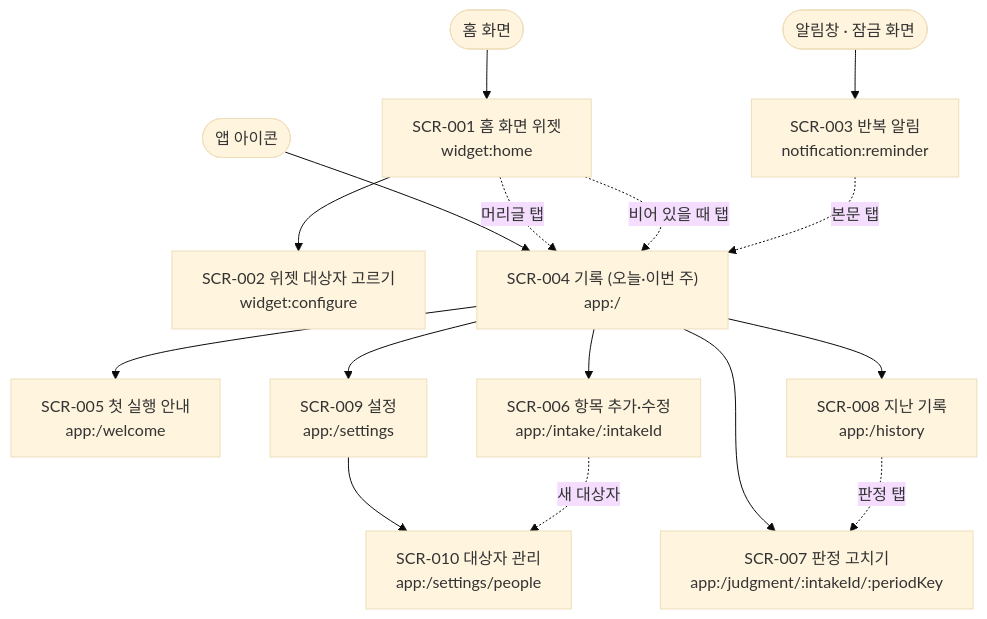
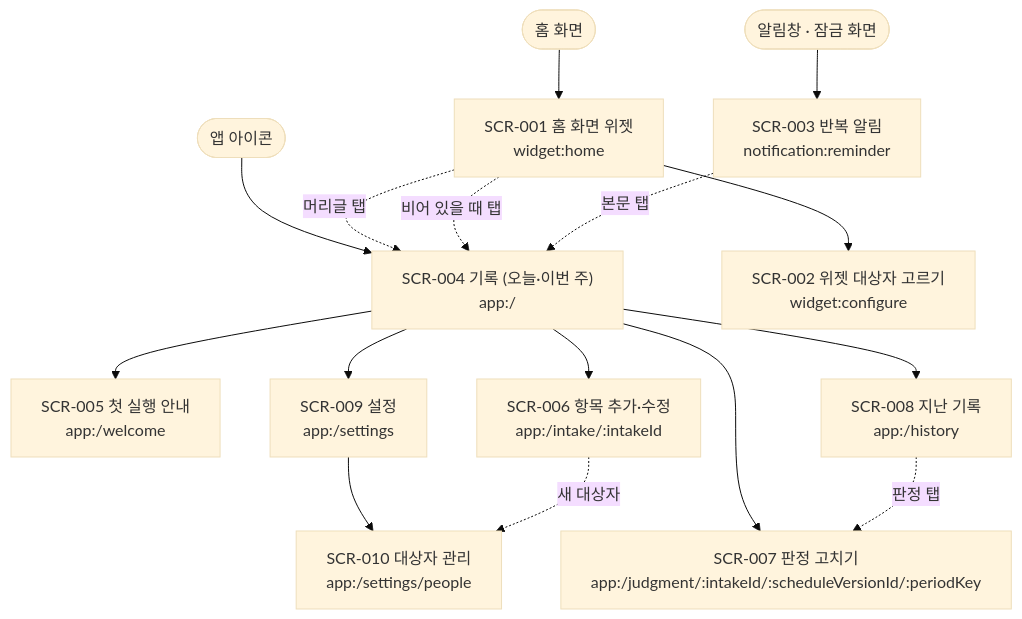
The diagram in docs/05-ui/screens.md (judangbang-ops/pillbadeum_release), drawn with Mermaid (base theme) before and after one commit. The commit also changed other lines of this file and 4 other files, not shown here.

````diff
--- a/docs/05-ui/screens.md
+++ b/docs/05-ui/screens.md
@@ -21,18 +22,18 @@
 ```mermaid
 flowchart TD
-    home(["홈 화면"]) --> SCR001["SCR-001 홈 화면 위젯<br/>widget:home"]
+    widget(["홈 화면"]) --> SCR001["SCR-001 홈 화면 위젯<br/>widget:home"]
+    notification(["알림창 · 잠금 화면"]) --> SCR003["SCR-003 반복 알림<br/>notification:reminder"]
+    app(["앱 아이콘"]) --> SCR004["SCR-004 기록 (오늘·이번 주)<br/>app:/"]
     SCR001 --> SCR002["SCR-002 위젯 대상자 고르기<br/>widget:configure"]
-    shade(["알림창 · 잠금 화면"]) --> SCR003["SCR-003 반복 알림<br/>notification:reminder"]
-    icon(["앱 아이콘"]) --> SCR004["SCR-004 기록 (오늘·이번 주)<br/>app:/"]
     SCR004 --> SCR005["SCR-005 첫 실행 안내<br/>app:/welcome"]
     SCR004 --> SCR006["SCR-006 항목 추가·수정<br/>app:/intake/:intakeId"]
-    SCR004 --> SCR007["SCR-007 판정 고치기<br/>app:/judgment/:intakeId/:periodKey"]
+    SCR004 --> SCR007["SCR-007 판정 고치기<br/>app:/judgment/:intakeId/:scheduleVersionId/:periodKey"]
     SCR004 --> SCR008["SCR-008 지난 기록<br/>app:/history"]
     SCR004 --> SCR009["SCR-009 설정<br/>app:/settings"]
     SCR009 --> SCR010["SCR-010 대상자 관리<br/>app:/settings/people"]
     SCR001 -. "머리글 탭" .-> SCR004
     SCR001 -. "비어 있을 때 탭" .-> SCR004
     SCR003 -. "본문 탭" .-> SCR004
+    SCR006 -. "새 대상자" .-> SCR010
     SCR008 -. "판정 탭" .-> SCR007
-    SCR006 -. "새 대상자" .-> SCR010
 ```
````
